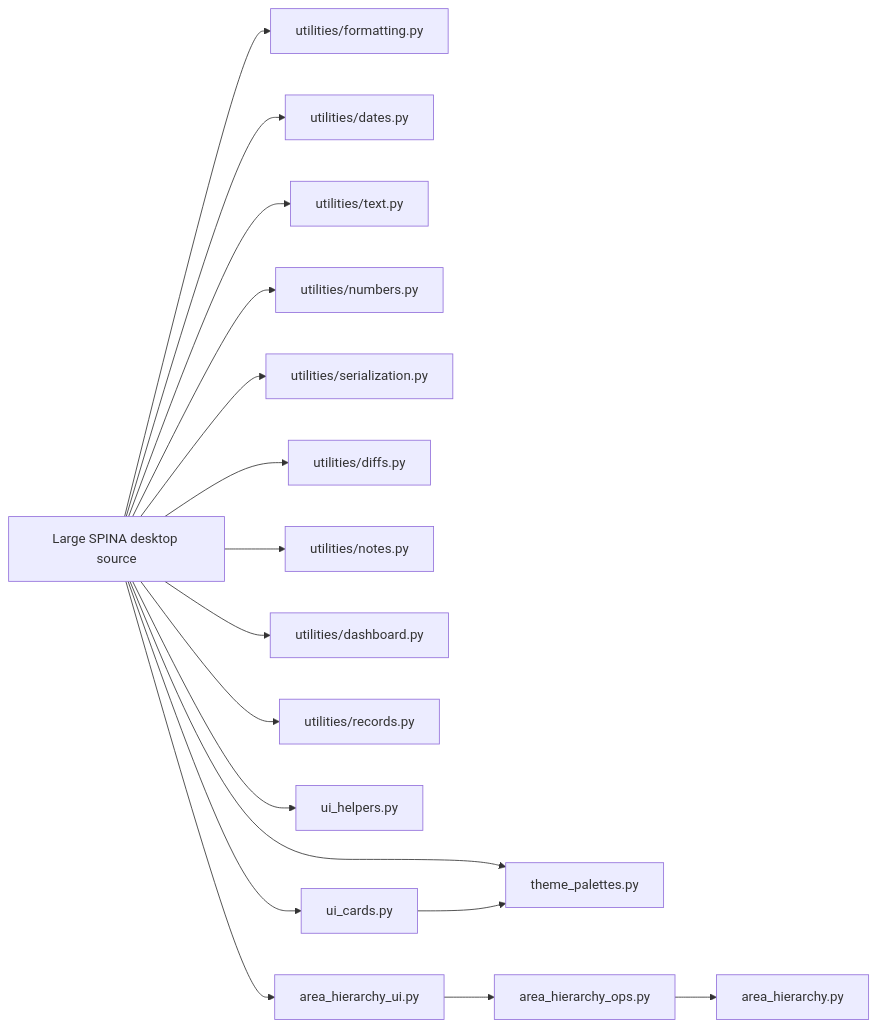
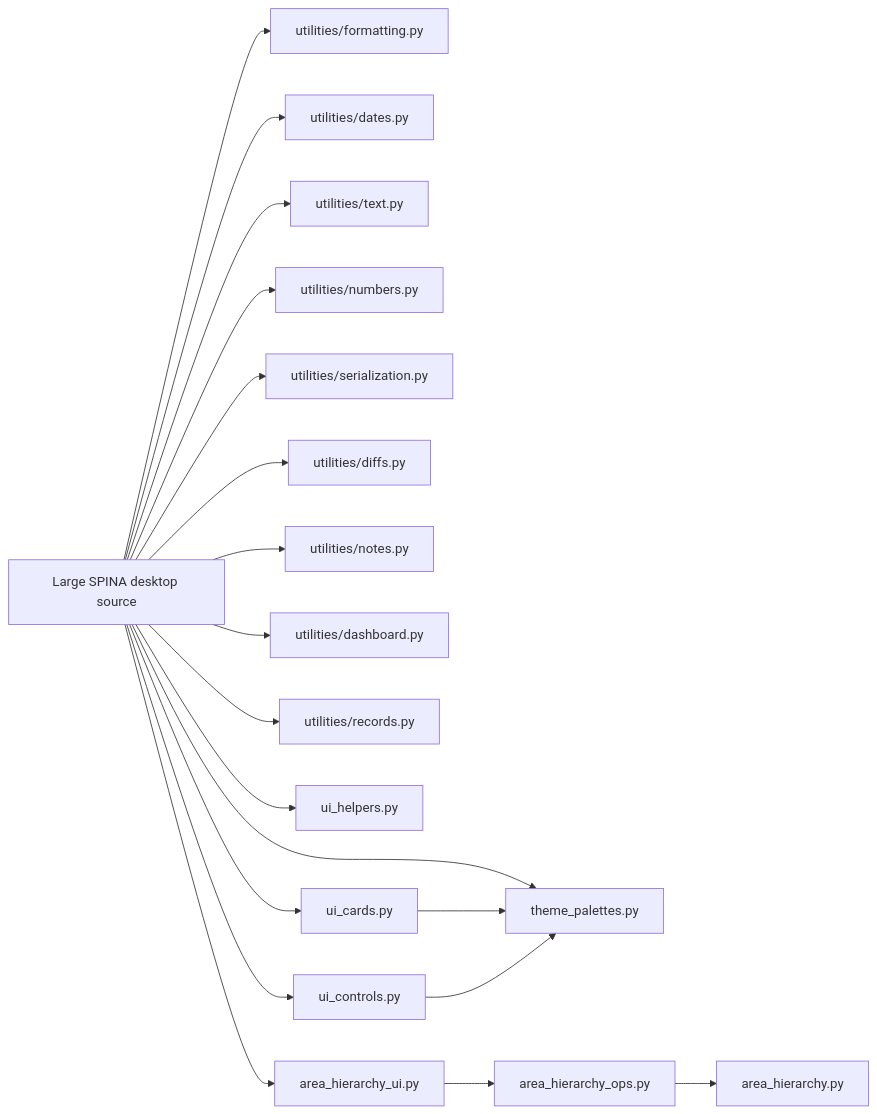
The diagram in docs/modularization-map.md (GILBIC/spina-lending-app), drawn with Mermaid before and after one commit. The commit also changed other lines of this file, not shown here.

````diff
--- a/docs/modularization-map.md
+++ b/docs/modularization-map.md
@@ -24,23 +24,25 @@
 ```mermaid
 flowchart LR
     APP[Large SPINA desktop source]
 
     APP --> FMT[utilities/formatting.py]
     APP --> DATE[utilities/dates.py]
     APP --> TEXT[utilities/text.py]
     APP --> NUM[utilities/numbers.py]
     APP --> SER[utilities/serialization.py]
     APP --> DIFF[utilities/diffs.py]
     APP --> NOTES[utilities/notes.py]
     APP --> DASH[utilities/dashboard.py]
     APP --> REC[utilities/records.py]
 
     APP --> UIH[ui_helpers.py]
     APP --> PAL[theme_palettes.py]
     APP --> UIC[ui_cards.py]
+    APP --> UICTL[ui_controls.py]
     UIC --> PAL
+    UICTL --> PAL
 
     APP --> AUI[area_hierarchy_ui.py]
     AUI --> AOPS[area_hierarchy_ops.py]
     AOPS --> AH[area_hierarchy.py]
 ```
````
